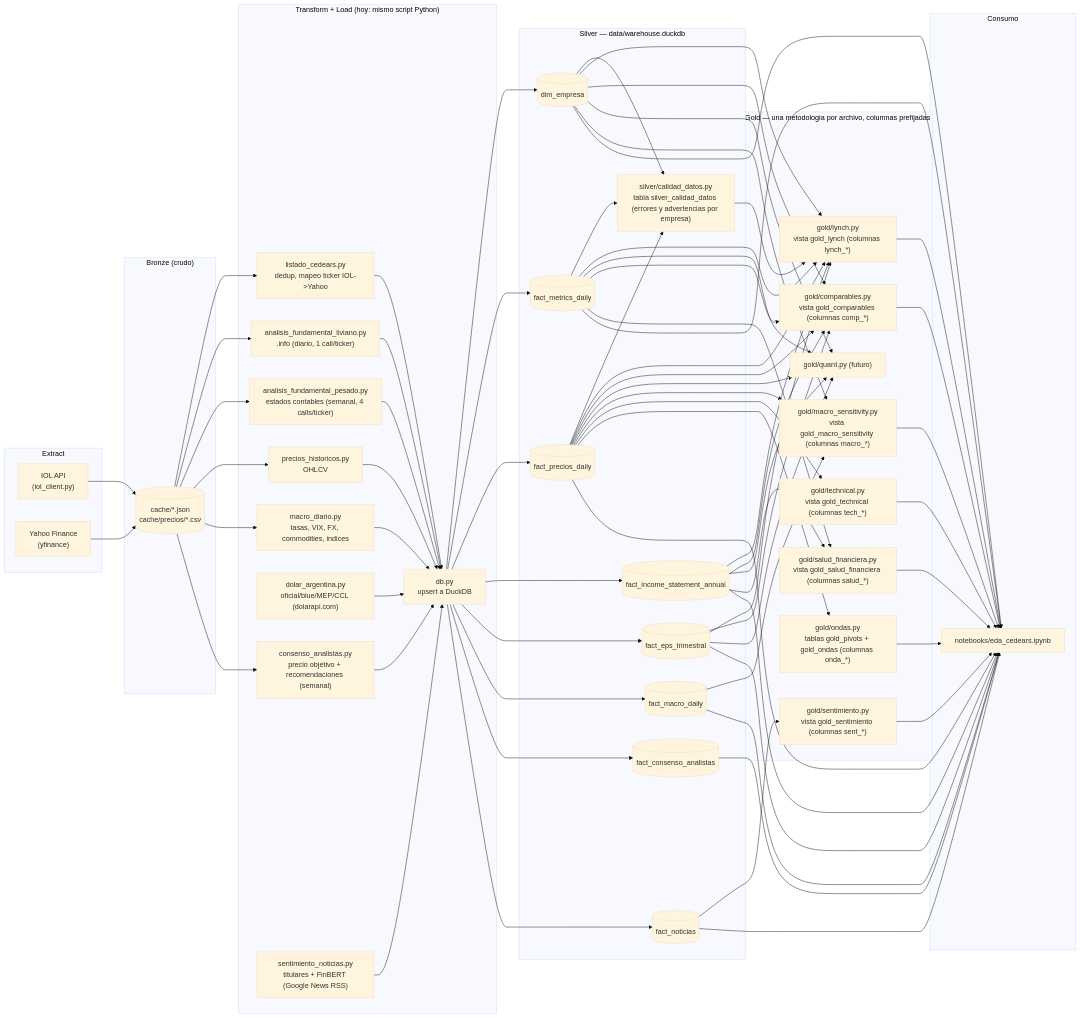
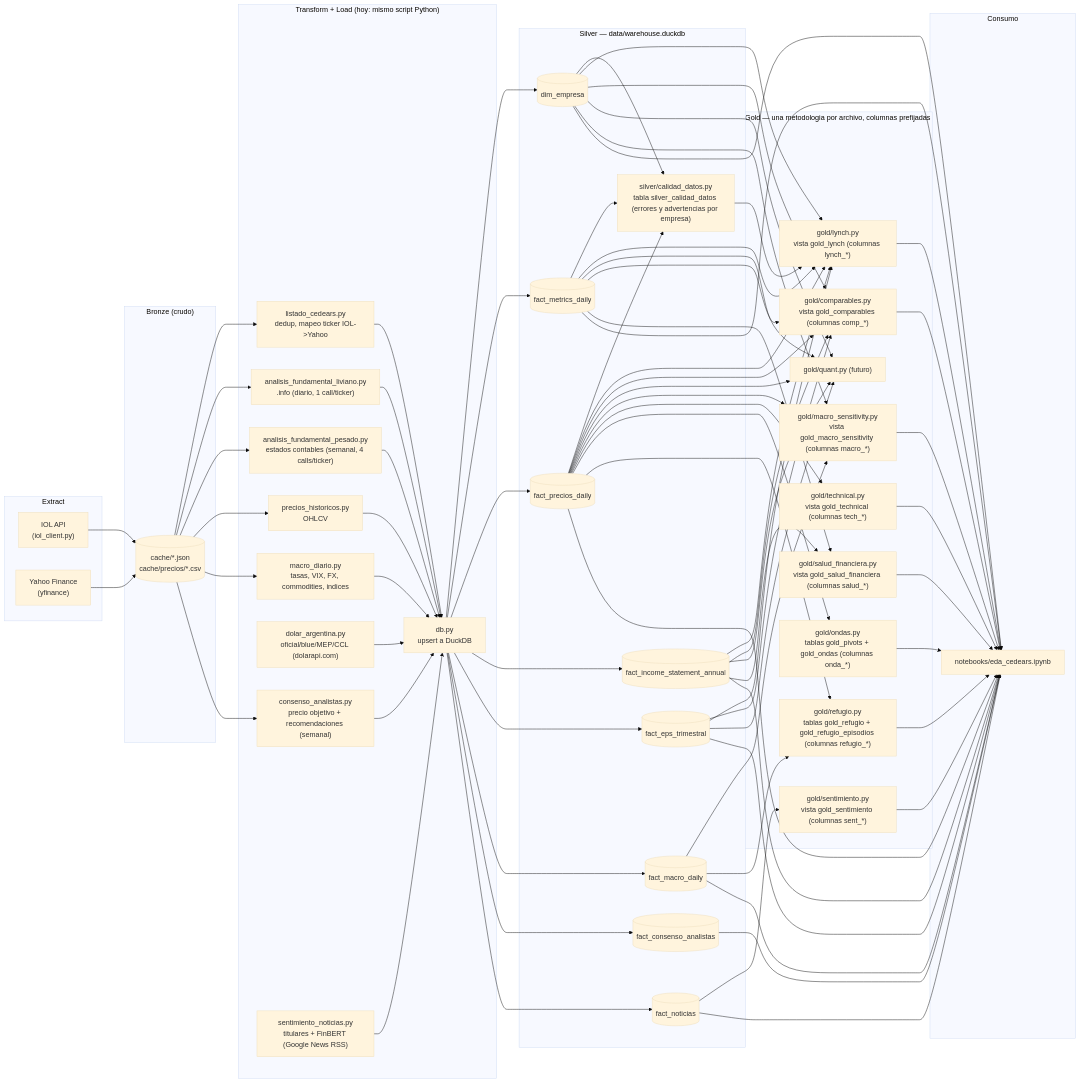
One commit to esfer98/cedears-data-pipeline changed the diagram in README.md. Above: the diagram before and after it, drawn with Mermaid (base theme). The commit also changed other lines of this file and 9 other files, not shown here.

````diff
--- a/README.md
+++ b/README.md
@@ -28,78 +28,81 @@
 ```mermaid
 flowchart LR
     subgraph Extract
         IOL["IOL API<br/>(iol_client.py)"]
         YF["Yahoo Finance<br/>(yfinance)"]
     end
 
     subgraph Bronze["Bronze (crudo)"]
         cache[("cache/*.json<br/>cache/precios/*.csv")]
     end
 
     subgraph Transform_Load["Transform + Load (hoy: mismo script Python)"]
         listado["listado_cedears.py<br/>dedup, mapeo ticker IOL->Yahoo"]
         liviano["analisis_fundamental_liviano.py<br/>.info (diario, 1 call/ticker)"]
         pesado["analisis_fundamental_pesado.py<br/>estados contables (semanal, 4 calls/ticker)"]
         precios["precios_historicos.py<br/>OHLCV"]
         macro["macro_diario.py<br/>tasas, VIX, FX, commodities, indices"]
         dolar["dolar_argentina.py<br/>oficial/blue/MEP/CCL (dolarapi.com)"]
         consenso["consenso_analistas.py<br/>precio objetivo + recomendaciones (semanal)"]
         noticias["sentimiento_noticias.py<br/>titulares + FinBERT (Google News RSS)"]
         db["db.py<br/>upsert a DuckDB"]
     end
 
     subgraph Silver["Silver — data/warehouse.duckdb"]
         dim[("dim_empresa")]
         fm[("fact_metrics_daily")]
         fp[("fact_precios_daily")]
         fi[("fact_income_statement_annual")]
         fe[("fact_eps_trimestral")]
         fma[("fact_macro_daily")]
         fca[("fact_consenso_analistas")]
         fn[("fact_noticias")]
         cal["silver/calidad_datos.py<br/>tabla silver_calidad_datos (errores y advertencias por empresa)"]
     end
 
     subgraph Gold["Gold — una metodologia por archivo, columnas prefijadas"]
         lynch["gold/lynch.py<br/>vista gold_lynch (columnas lynch_*)"]
         comp["gold/comparables.py<br/>vista gold_comparables (columnas comp_*)"]
         macrosens["gold/macro_sensitivity.py<br/>vista gold_macro_sensitivity (columnas macro_*)"]
         tech["gold/technical.py<br/>vista gold_technical (columnas tech_*)"]
         ondas["gold/ondas.py<br/>tablas gold_pivots + gold_ondas (columnas onda_*)"]
+        refugio["gold/refugio.py<br/>tablas gold_refugio + gold_refugio_episodios (columnas refugio_*)"]
         salud["gold/salud_financiera.py<br/>vista gold_salud_financiera (columnas salud_*)"]
         sent["gold/sentimiento.py<br/>vista gold_sentimiento (columnas sent_*)"]
         quant["gold/quant.py (futuro)"]
     end
 
     subgraph Consumo
         nb["notebooks/eda_cedears.ipynb"]
     end
 
     IOL --> cache
     YF --> cache
     cache --> listado --> db
     cache --> liviano --> db
     cache --> pesado --> db
     cache --> precios --> db
     cache --> macro --> db
     cache --> consenso --> db
     noticias --> db
     dolar --> db
     db --> dim & fm & fp & fi & fe & fma & fca & fn
     dim & fm & fp --> cal
     cal --> lynch
     dim & fm & fp & fi & fe --> lynch & comp & quant
     dim & fp & fma --> macrosens
     fp --> tech
     fp --> ondas
+    fp & fma --> refugio
     fm & fi --> salud
     fn --> sent
     dim & fm & fp & fi & fe & fma & fca & fn --> nb
     lynch --> nb
     comp --> nb
     macrosens --> nb
     tech --> nb
     ondas --> nb
+    refugio --> nb
     salud --> nb
     sent --> nb
 ```
````
